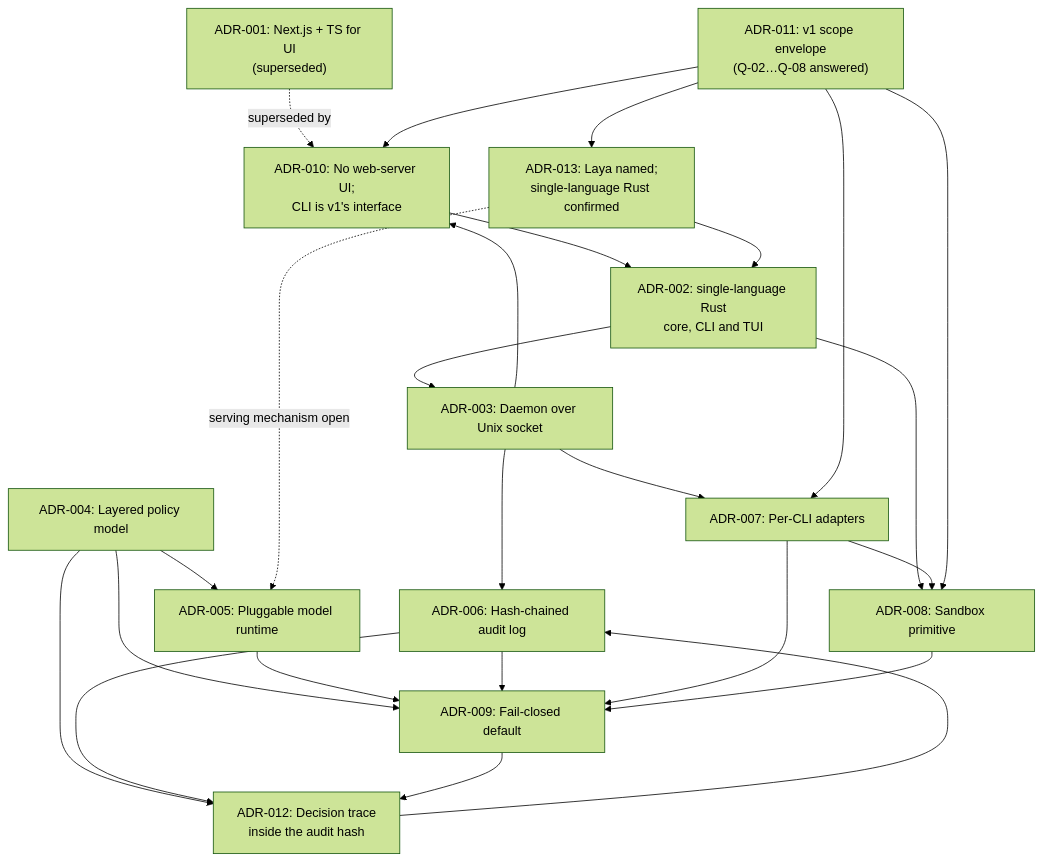
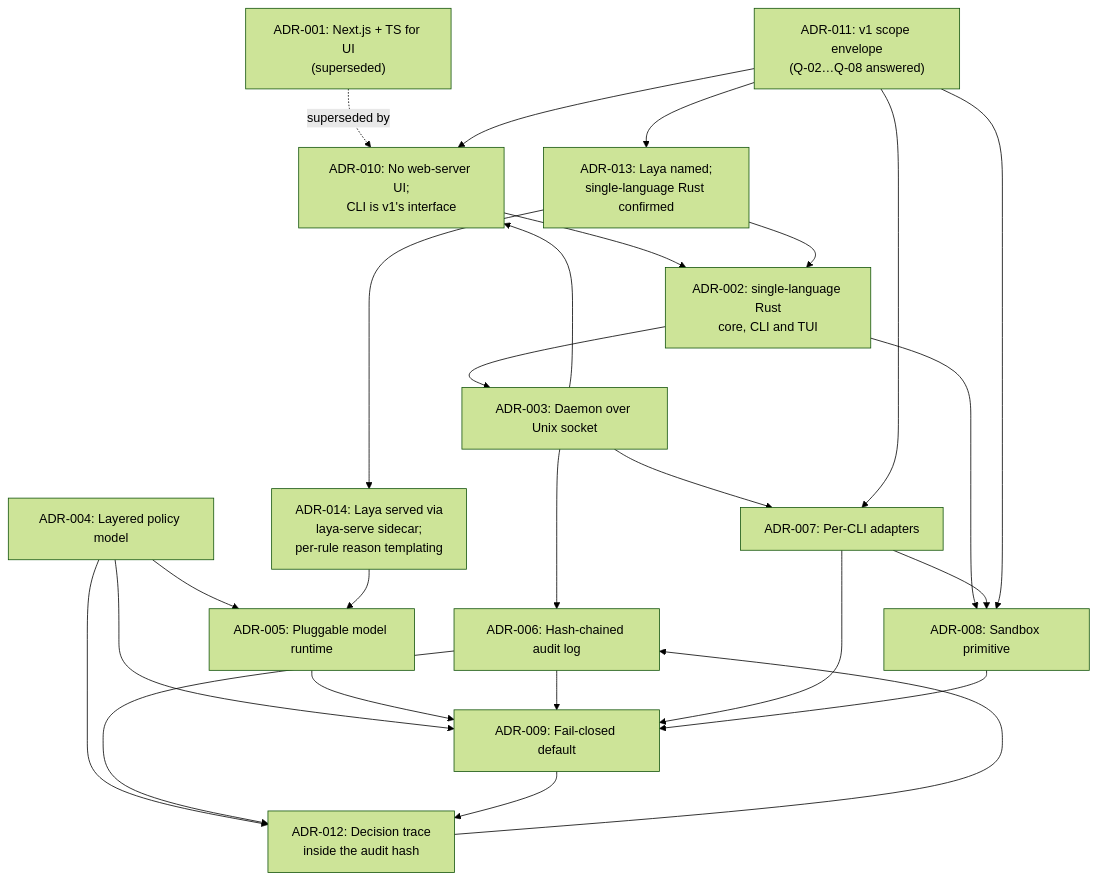
One commit to AriesNg/ai-guard-bot changed the diagram in docs/05-adr/README.md. Above: the diagram before and after it, drawn with Mermaid (forest theme). The commit also changed other lines of this file and 12 other files, not shown here.

First line of the commit message:
docs: resolve Laya serving mechanism and ADR-011 item 7 wording

````diff
--- a/docs/05-adr/README.md
+++ b/docs/05-adr/README.md
@@ -47,28 +50,29 @@
 ```mermaid
 flowchart TD
     A001["ADR-001: Next.js + TS for UI<br/>(superseded)"] -.->|superseded by| A010["ADR-010: No web-server UI;<br/>CLI is v1's interface"]
     A002[ADR-002: single-language Rust<br/>core, CLI and TUI]
     A010 --> A002
     A003 --> A010
     A002 --> A003[ADR-003: Daemon over Unix socket]
     A003 --> A006[ADR-006: Hash-chained audit log]
     A003 --> A007[ADR-007: Per-CLI adapters]
     A004[ADR-004: Layered policy model] --> A005[ADR-005: Pluggable model runtime]
     A004 --> A009[ADR-009: Fail-closed default]
     A005 --> A009
     A006 --> A009
     A007 --> A009
     A002 --> A008[ADR-008: Sandbox primitive]
     A007 --> A008
     A008 --> A009
     A011["ADR-011: v1 scope envelope<br/>(Q-02…Q-08 answered)"] --> A008
     A011 --> A007
     A011 --> A010
     A011 --> A013["ADR-013: Laya named;<br/>single-language Rust confirmed"]
     A013 --> A002
-    A013 -.->|serving mechanism open| A005
+    A013 --> A014["ADR-014: Laya served via<br/>laya-serve sidecar;<br/>per-rule reason templating"]
+    A014 --> A005
     A004 --> A012["ADR-012: Decision trace<br/>inside the audit hash"]
     A006 --> A012
     A009 --> A012
     A012 --> A006
 ```
````
